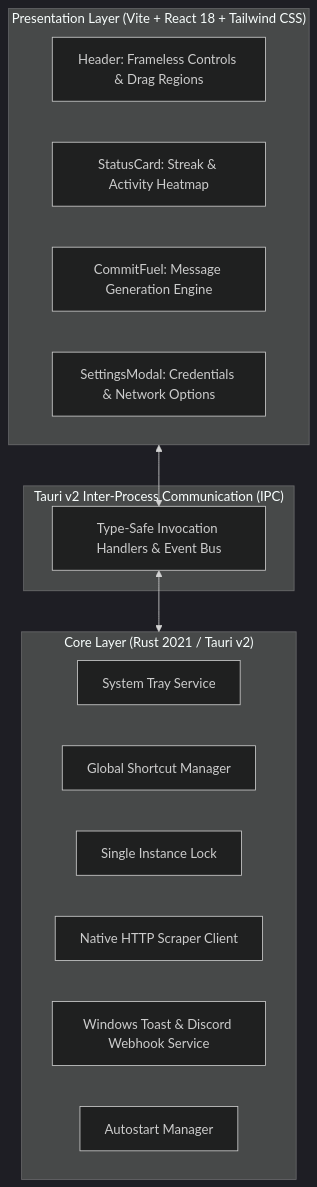
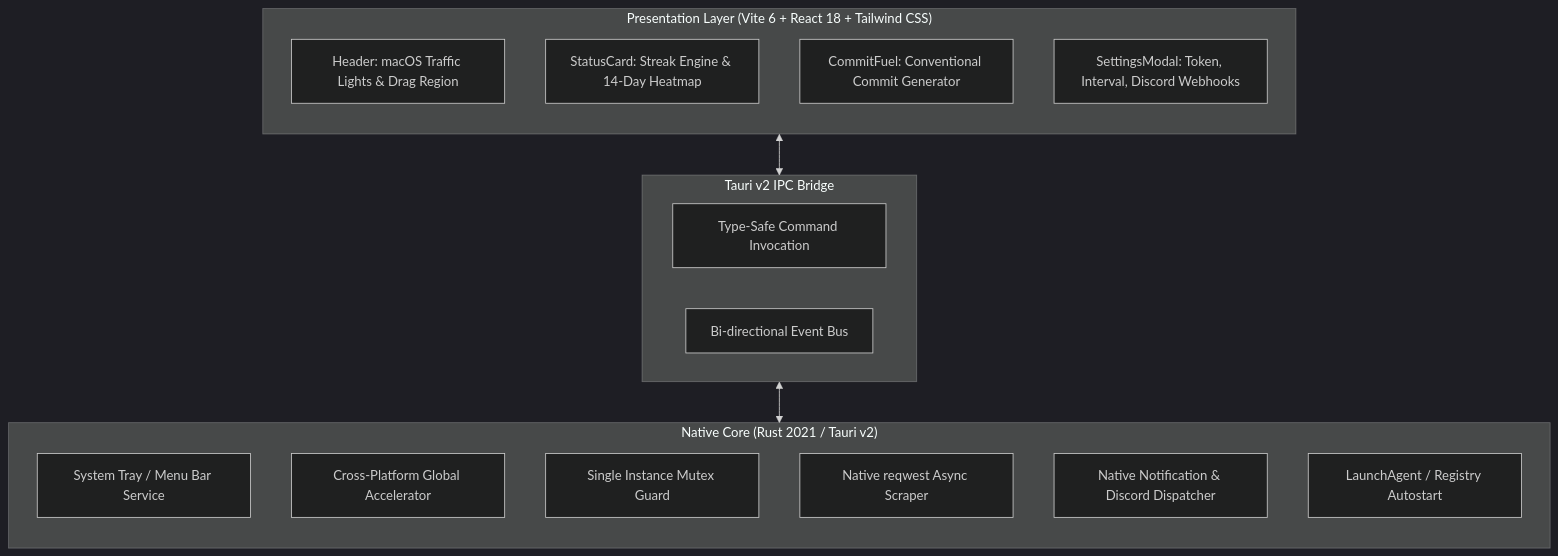
The diagram in README.md (Andreyy05/GitPulse_Rust), drawn with Mermaid (dark theme) before and after one commit. The commit also changed other lines of this file, not shown here.

Commit message:
docs: add comprehensive macos and windows setup guides and architecture overview

````diff
--- a/README.md
+++ b/README.md
@@ -77,24 +144,27 @@
 ```mermaid
 flowchart TD
-    subgraph Frontend ["Presentation Layer (Vite + React 18 + Tailwind CSS)"]
-        H[Header: Frameless Controls & Drag Regions]
-        SC[StatusCard: Streak & Activity Heatmap]
-        CF[CommitFuel: Message Generation Engine]
-        SM[SettingsModal: Credentials & Network Options]
+    subgraph UI ["Presentation Layer (Vite 6 + React 18 + Tailwind CSS)"]
+        direction TB
+        Header["Header: macOS Traffic Lights & Drag Region"]
+        Status["StatusCard: Streak Engine & 14-Day Heatmap"]
+        Fuel["CommitFuel: Conventional Commit Generator"]
+        Settings["SettingsModal: Token, Interval, Discord Webhooks"]
     end
 
-    subgraph IPC ["Tauri v2 Inter-Process Communication (IPC)"]
-        Bridge[Type-Safe Invocation Handlers & Event Bus]
+    subgraph IPC ["Tauri v2 IPC Bridge"]
+        Invoke["Type-Safe Command Invocation"]
+        Events["Bi-directional Event Bus"]
     end
 
-    subgraph Backend ["Core Layer (Rust 2021 / Tauri v2)"]
-        Tray[System Tray Service]
-        Shortcut[Global Shortcut Manager]
-        Lock[Single Instance Lock]
-        HTTP[Native HTTP Scraper Client]
-        Notif[Windows Toast & Discord Webhook Service]
-        Auto[Autostart Manager]
+    subgraph Core ["Native Core (Rust 2021 / Tauri v2)"]
+        direction TB
+        Tray["System Tray / Menu Bar Service"]
+        Shortcuts["Cross-Platform Global Accelerator"]
+        SingleInst["Single Instance Mutex Guard"]
+        HTTP["Native reqwest Async Scraper"]
+        Notif["Native Notification & Discord Dispatcher"]
+        AutoStart["LaunchAgent / Registry Autostart"]
     end
 
-    Frontend <--> Bridge <--> Backend
+    UI <--> IPC <--> Core
 ```
````
